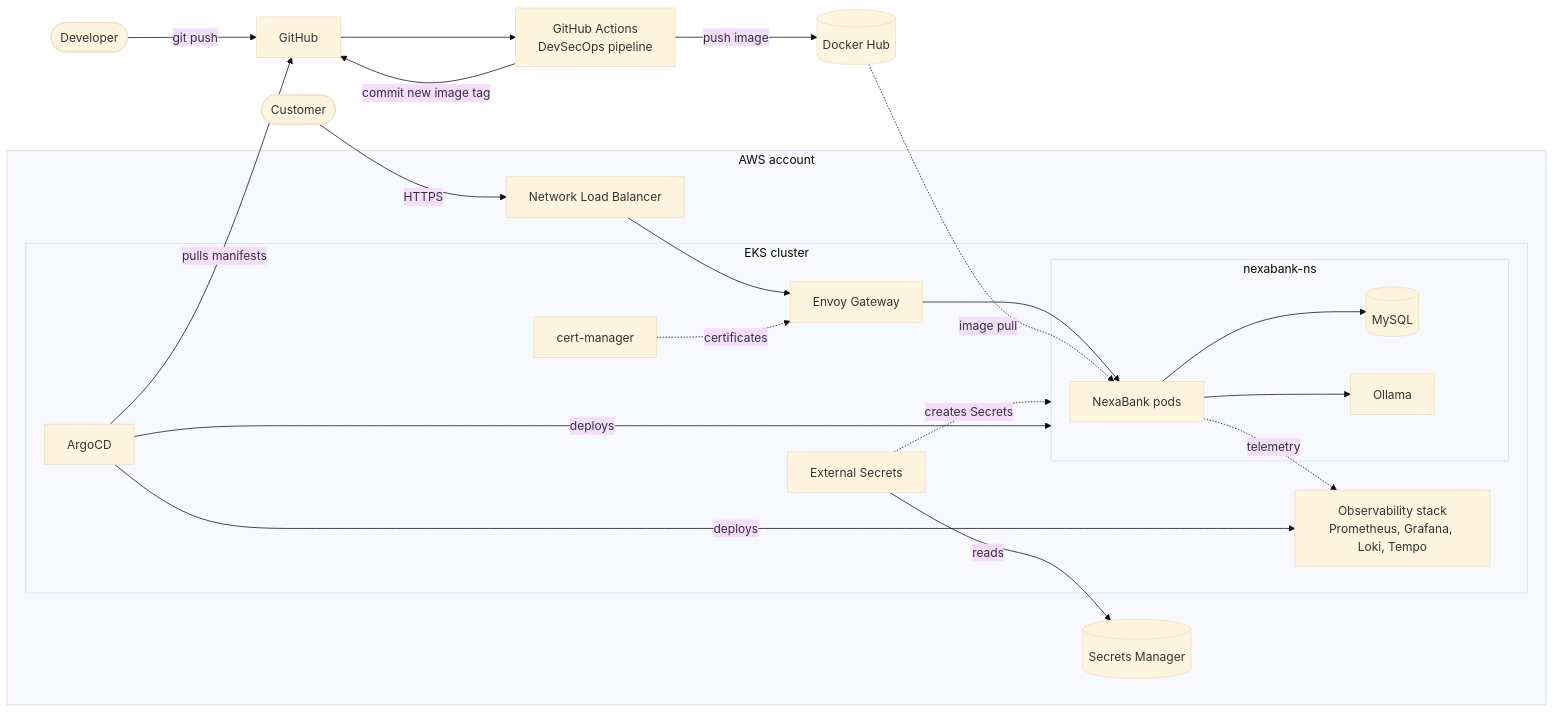
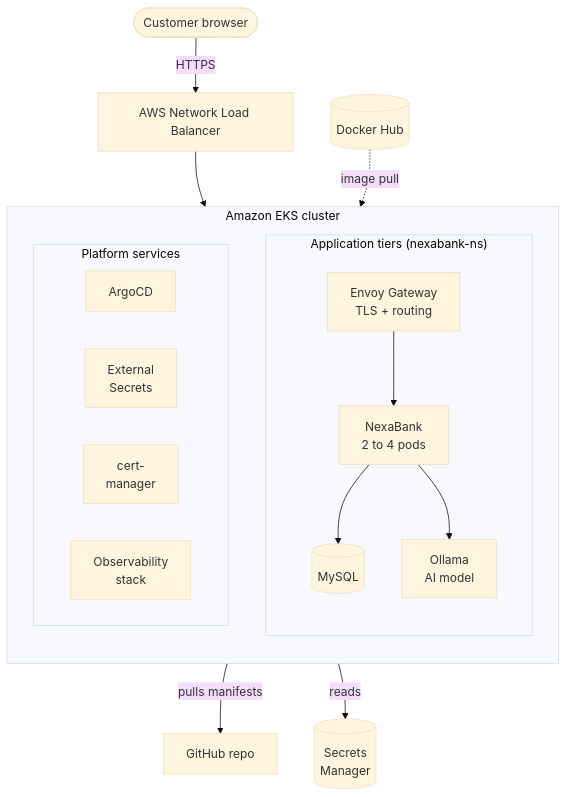
One commit to shashankcodes-10/NexaBank changed the first of 8 diagrams in README.md. Above: the diagram before and after it, drawn with Mermaid (base theme). The commit also changed other lines of this file and 7 other files, not shown here.

Commit message:
docs: readable diagrams and application screenshots in the README

````diff
--- a/README.md
+++ b/README.md
@@ -71,39 +110,29 @@
 ```mermaid
-flowchart LR
-    dev([Developer]) -->|git push| gh[GitHub]
-    gh --> ci[GitHub Actions<br/>DevSecOps pipeline]
-    ci -->|push image| hub[(Docker Hub)]
-    ci -->|commit new image tag| gh
+flowchart TB
+    user([Customer browser]) -->|HTTPS| nlb[AWS Network Load Balancer]
 
-    user([Customer]) -->|HTTPS| nlb
-
-    subgraph aws["AWS account"]
-        nlb[Network Load Balancer]
-        sm[(Secrets Manager)]
-
-        subgraph eks["EKS cluster"]
-            eg[Envoy Gateway]
+    subgraph eks["Amazon EKS cluster"]
+        direction TB
+        subgraph tiers["Application tiers (nexabank-ns)"]
+            direction TB
+            eg[Envoy Gateway<br/>TLS + routing] --> app[NexaBank<br/>2 to 4 pods]
+            app --> db[(MySQL)]
+            app --> llm[Ollama<br/>AI model]
+        end
+        subgraph plat["Platform services"]
+            direction LR
             argo[ArgoCD]
-            subgraph appns["nexabank-ns"]
-                app[NexaBank pods]
-                db[(MySQL)]
-                llm[Ollama]
-            end
-            eso[External Secrets]
-            cm[cert-manager]
-            obs[Observability stack<br/>Prometheus, Grafana, Loki, Tempo]
+            eso[External<br/>Secrets]
+            cm[cert-<br/>manager]
+            obs[Observability<br/>stack]
         end
     end
 
-    nlb --> eg --> app
-    app --> db
-    app --> llm
-    app -.->|telemetry| obs
+    nlb --> eg
+    gh[GitHub repo]
+    sm[(Secrets<br/>Manager)]
+    hub[(Docker Hub)]
+    argo -->|pulls manifests| gh
     eso -->|reads| sm
-    eso -.->|creates Secrets| appns
-    cm -.->|certificates| eg
-    argo -->|pulls manifests| gh
-    argo -->|deploys| appns
-    argo -->|deploys| obs
     hub -.->|image pull| app
 ```
````
